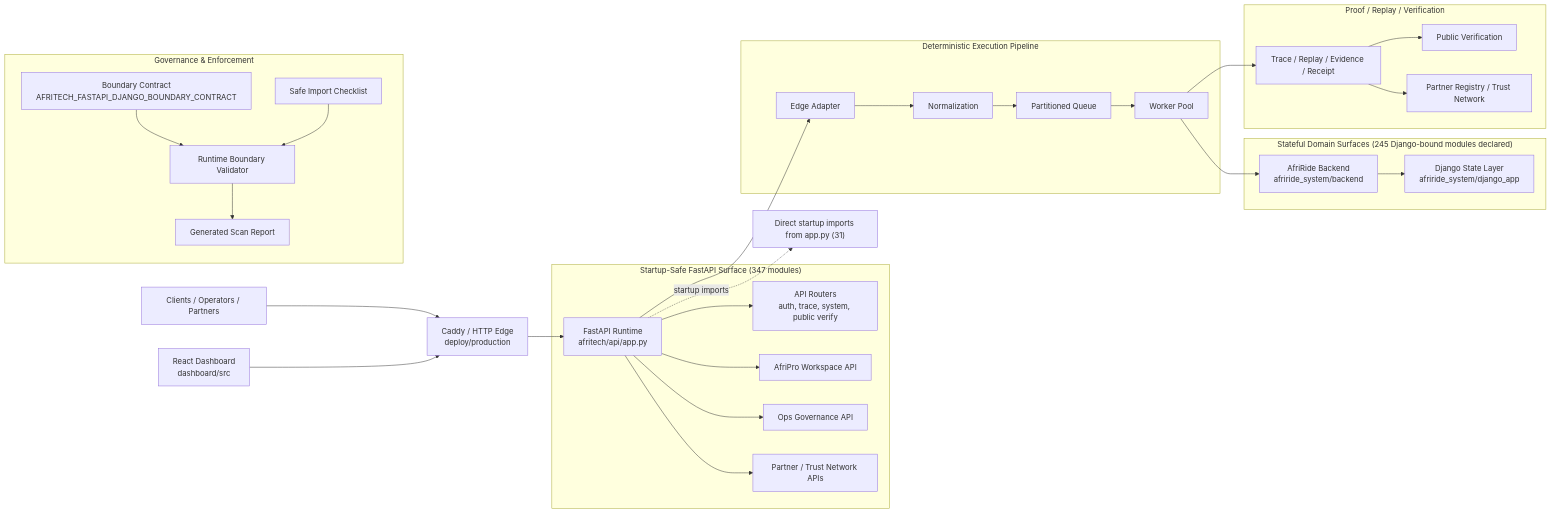
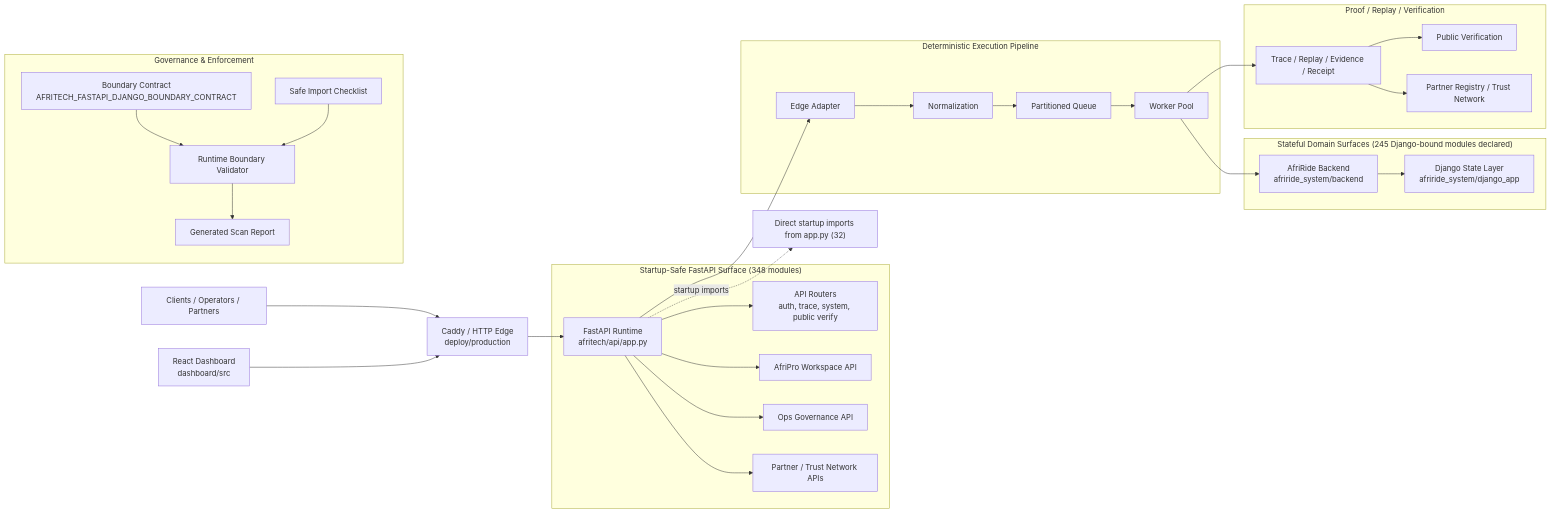
The first of 2 diagrams in docs/architecture/AFRITECH_FULL_ARCHITECTURE_GRAPH.md (Strelly2023/afritelematics), drawn with Mermaid before and after one commit. The commit also changed other lines of this file and 12 other files, not shown here.

````diff
--- a/docs/architecture/AFRITECH_FULL_ARCHITECTURE_GRAPH.md
+++ b/docs/architecture/AFRITECH_FULL_ARCHITECTURE_GRAPH.md
@@ -22,39 +22,39 @@
 ```mermaid
 flowchart LR
     Client["Clients / Operators / Partners"] --> Edge["Caddy / HTTP Edge\ndeploy/production"]
     Dashboard["React Dashboard\ndashboard/src"] --> Edge
     Edge --> App["FastAPI Runtime\nafritech/api/app.py"]
 
-    subgraph FastAPI["Startup-Safe FastAPI Surface (347 modules)"]
+    subgraph FastAPI["Startup-Safe FastAPI Surface (348 modules)"]
         App --> Api["API Routers\nauth, trace, system, public verify"]
         App --> Workspace["AfriPro Workspace API"]
         App --> Governance["Ops Governance API"]
         App --> Trust["Partner / Trust Network APIs"]
     end
 
     subgraph Pipeline["Deterministic Execution Pipeline"]
         App --> Adapt["Edge Adapter"]
         Adapt --> Normalize["Normalization"]
         Normalize --> Queue["Partitioned Queue"]
         Queue --> Worker["Worker Pool"]
     end
 
     subgraph State["Stateful Domain Surfaces (245 Django-bound modules declared)"]
         Worker --> Domain["AfriRide Backend\nafriride_system/backend"]
         Domain --> Django["Django State Layer\nafriride_system/django_app"]
     end
 
     subgraph Proof["Proof / Replay / Verification"]
         Worker --> Trace["Trace / Replay / Evidence / Receipt"]
         Trace --> Public["Public Verification"]
         Trace --> Registry["Partner Registry / Trust Network"]
     end
 
     subgraph GovernancePlane["Governance & Enforcement"]
         Contract["Boundary Contract\nAFRITECH_FASTAPI_DJANGO_BOUNDARY_CONTRACT"] --> Validator["Runtime Boundary Validator"]
         Checklist["Safe Import Checklist"] --> Validator
         Validator --> Review["Generated Scan Report"]
     end
 
-    App -. startup imports .-> Imports["Direct startup imports from app.py (31)"]
+    App -. startup imports .-> Imports["Direct startup imports from app.py (32)"]
 ```
````
